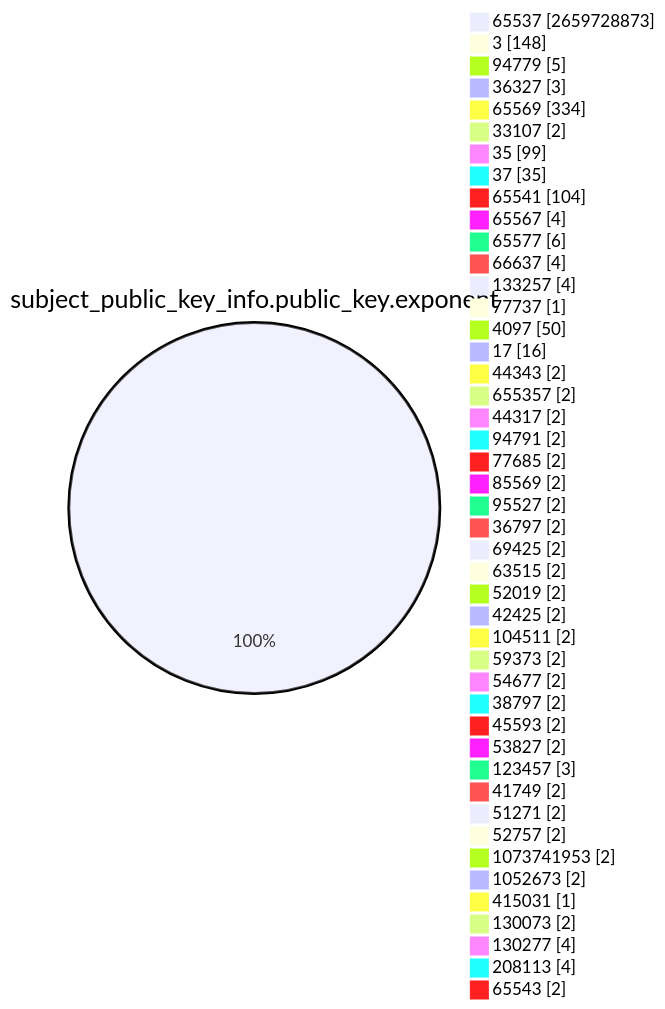
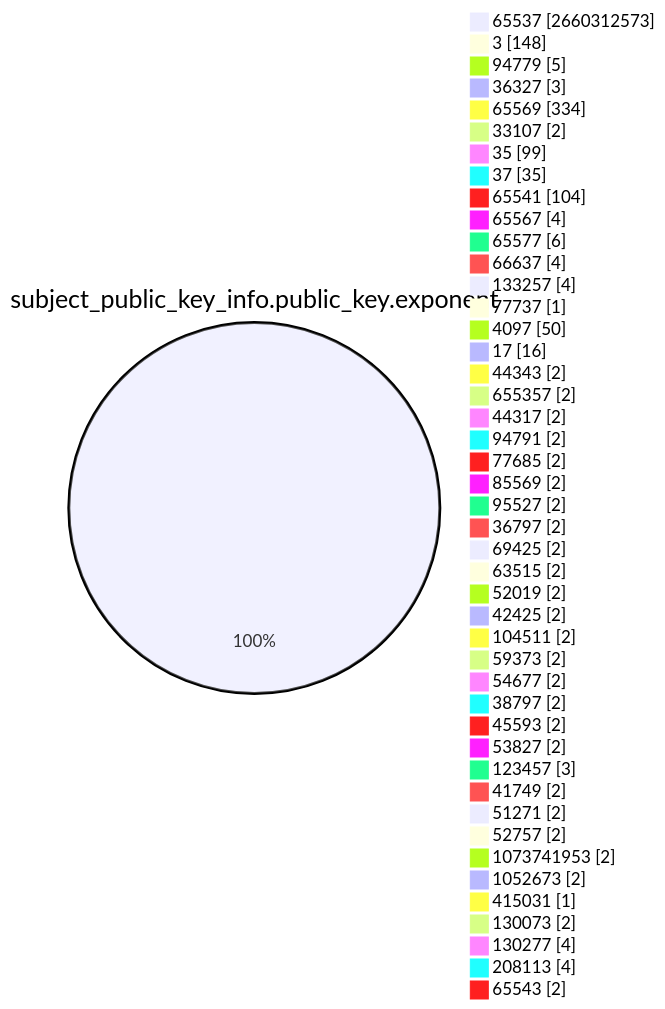
Before and after one commit to christiankrug/ctmonitor_visualization: the fourth of 15 diagrams in TOTAL/README.md, drawn with Mermaid. The commit also changed other lines of this file, not shown here.

````diff
--- a/TOTAL/README.md
+++ b/TOTAL/README.md
@@ -1467,49 +1467,49 @@
 ```mermaid
 pie showData
 title subject_public_key_info.public_key.exponent
-"65537" :2659728873
+"65537" :2660312573
 "3" :148
 "94779" :5
 "36327" :3
 "65569" :334
 "33107" :2
 "35" :99
 "37" :35
 "65541" :104
 "65567" :4
 "65577" :6
 "66637" :4
 "133257" :4
 "77737" :1
 "4097" :50
 "17" :16
 "44343" :2
 "655357" :2
 "44317" :2
 "94791" :2
 "77685" :2
 "85569" :2
 "95527" :2
 "36797" :2
 "69425" :2
 "63515" :2
 "52019" :2
 "42425" :2
 "104511" :2
 "59373" :2
 "54677" :2
 "38797" :2
 "45593" :2
 "53827" :2
 "123457" :3
 "41749" :2
 "51271" :2
 "52757" :2
 "1073741953" :2
 "1052673" :2
 "415031" :1
 "130073" :2
 "130277" :4
 "208113" :4
 "65543" :2
 ```
````
